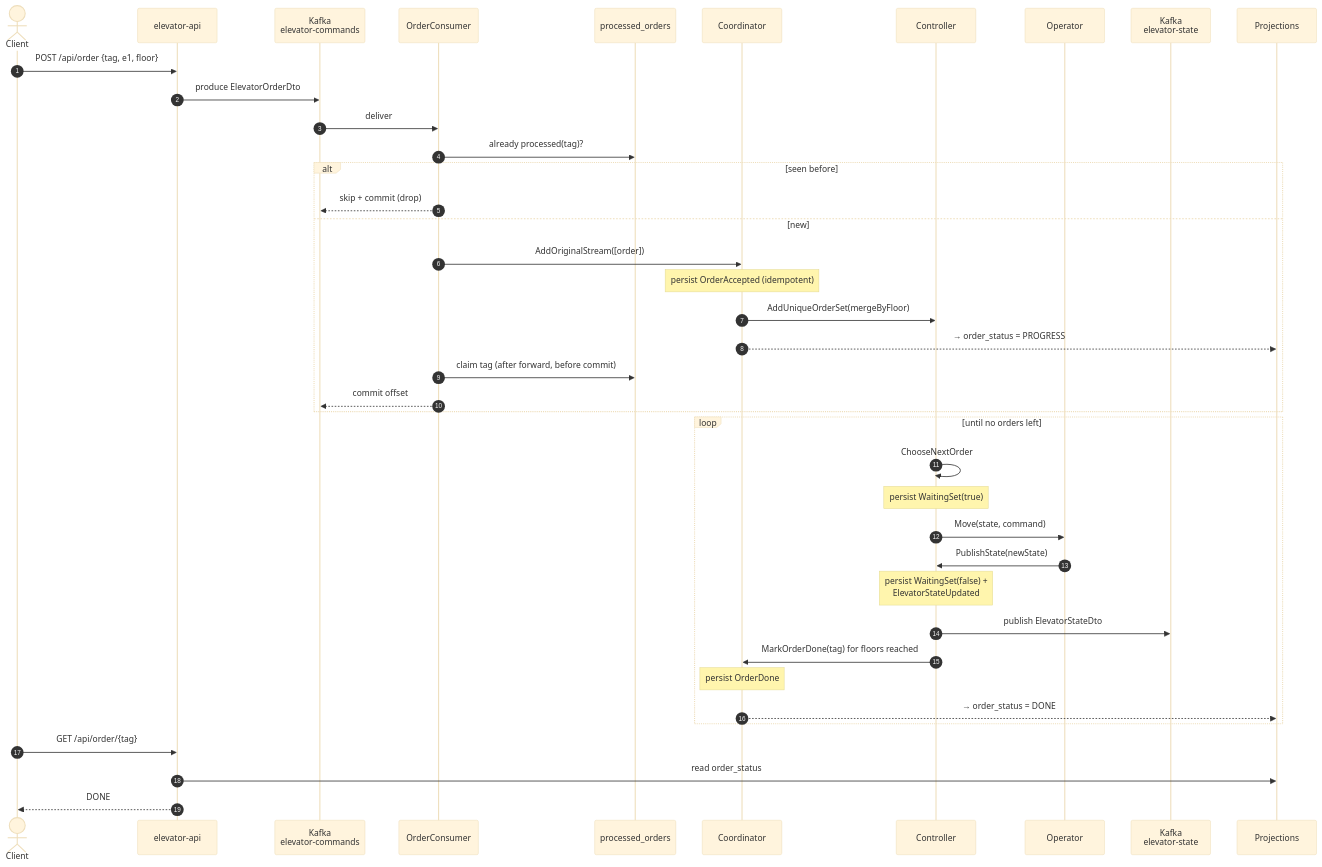
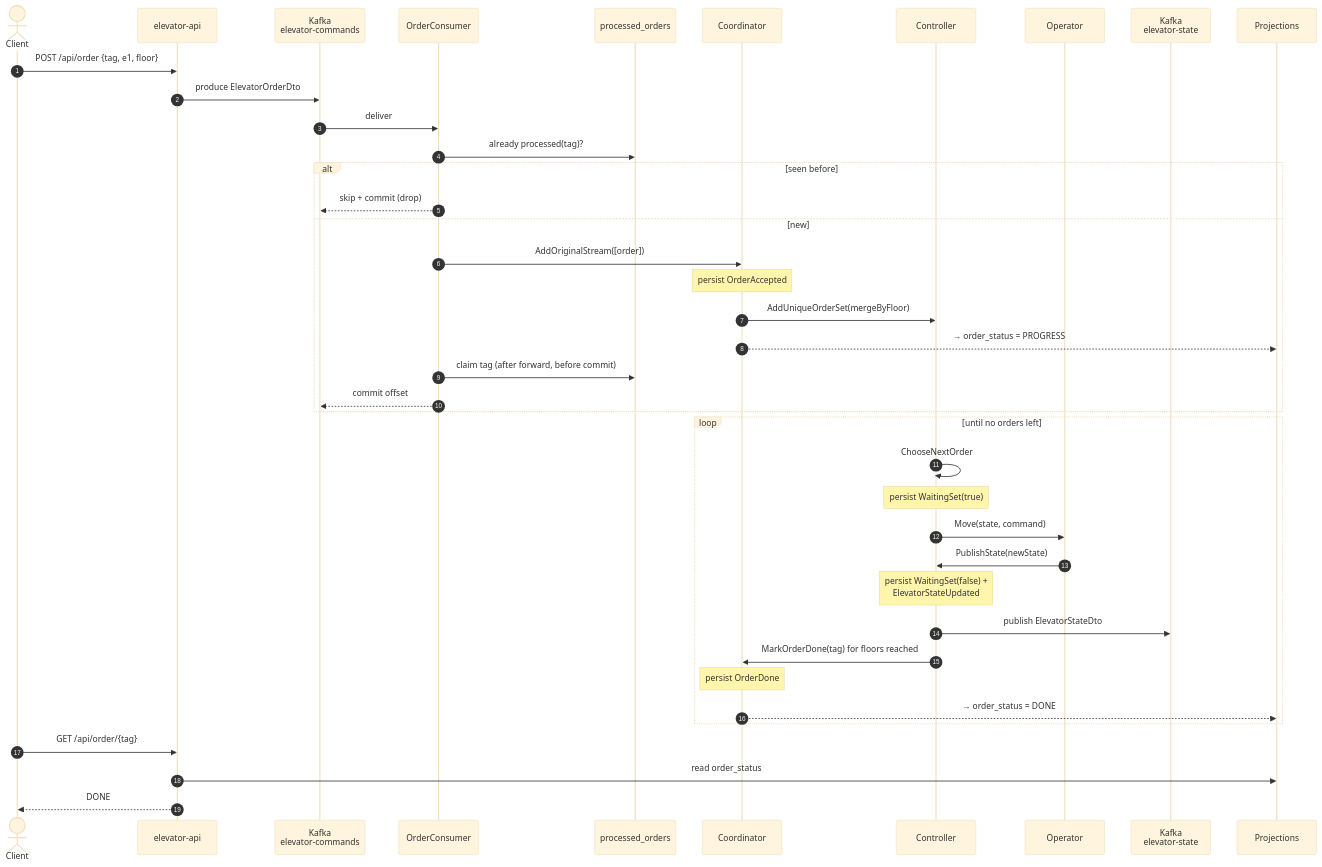
One commit to TwistedLady/elevator-system changed the second of 5 diagrams in docs/PROTOCOL.md. Above: the diagram before and after it, drawn with Mermaid (base theme). The commit also changed other lines of this file, not shown here.

First line of the commit message:
docs: correct 'idempotent' wording for Coordinator accept in PROTOCOL.md

````diff
--- a/docs/PROTOCOL.md
+++ b/docs/PROTOCOL.md
@@ -123,46 +123,46 @@
 ```mermaid
 sequenceDiagram
     autonumber
     actor C as Client
     participant API as elevator-api
     participant KC as Kafka<br/>elevator-commands
     participant OC as OrderConsumer
     participant DB as processed_orders
     participant Co as Coordinator
     participant Ct as Controller
     participant Op as Operator
     participant KS as Kafka<br/>elevator-state
     participant P as Projections
 
     C->>API: POST /api/order {tag, e1, floor}
     API->>KC: produce ElevatorOrderDto
     KC->>OC: deliver
 
     OC->>DB: already processed(tag)?
     alt seen before
         OC-->>KC: skip + commit (drop)
     else new
         OC->>Co: AddOriginalStream([order])
-        Note over Co: persist OrderAccepted (idempotent)
+        Note over Co: persist OrderAccepted
         Co->>Ct: AddUniqueOrderSet(mergeByFloor)
         Co-->>P: → order_status = PROGRESS
         OC->>DB: claim tag (after forward, before commit)
         OC-->>KC: commit offset
     end
 
     loop until no orders left
         Ct->>Ct: ChooseNextOrder
         Note over Ct: persist WaitingSet(true)
         Ct->>Op: Move(state, command)
         Op->>Ct: PublishState(newState)
         Note over Ct: persist WaitingSet(false) +<br/>ElevatorStateUpdated
         Ct->>KS: publish ElevatorStateDto
         Ct->>Co: MarkOrderDone(tag) for floors reached
         Note over Co: persist OrderDone
         Co-->>P: → order_status = DONE
     end
 
     C->>API: GET /api/order/{tag}
     API->>P: read order_status
     API-->>C: DONE
 ```
````
